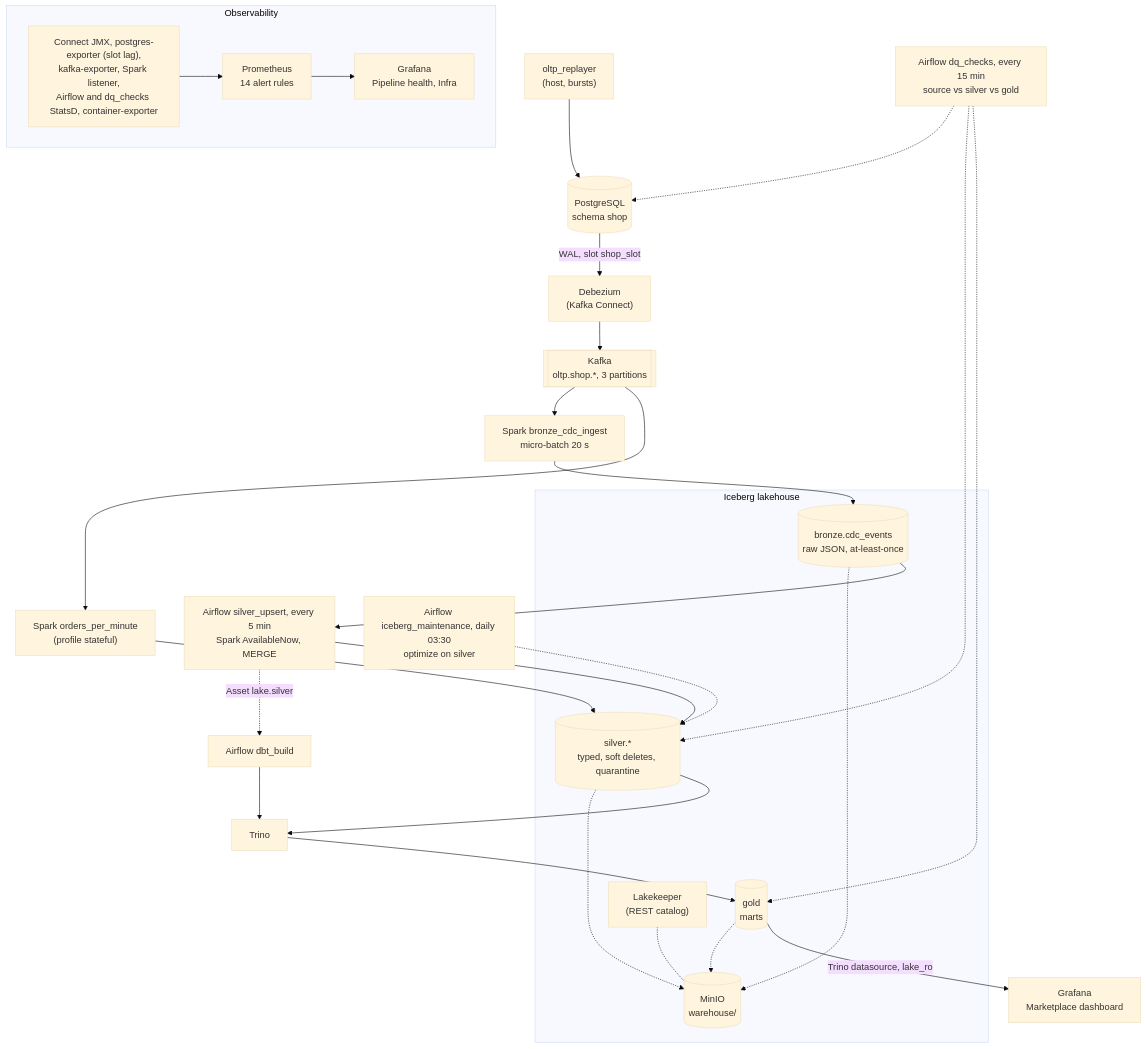
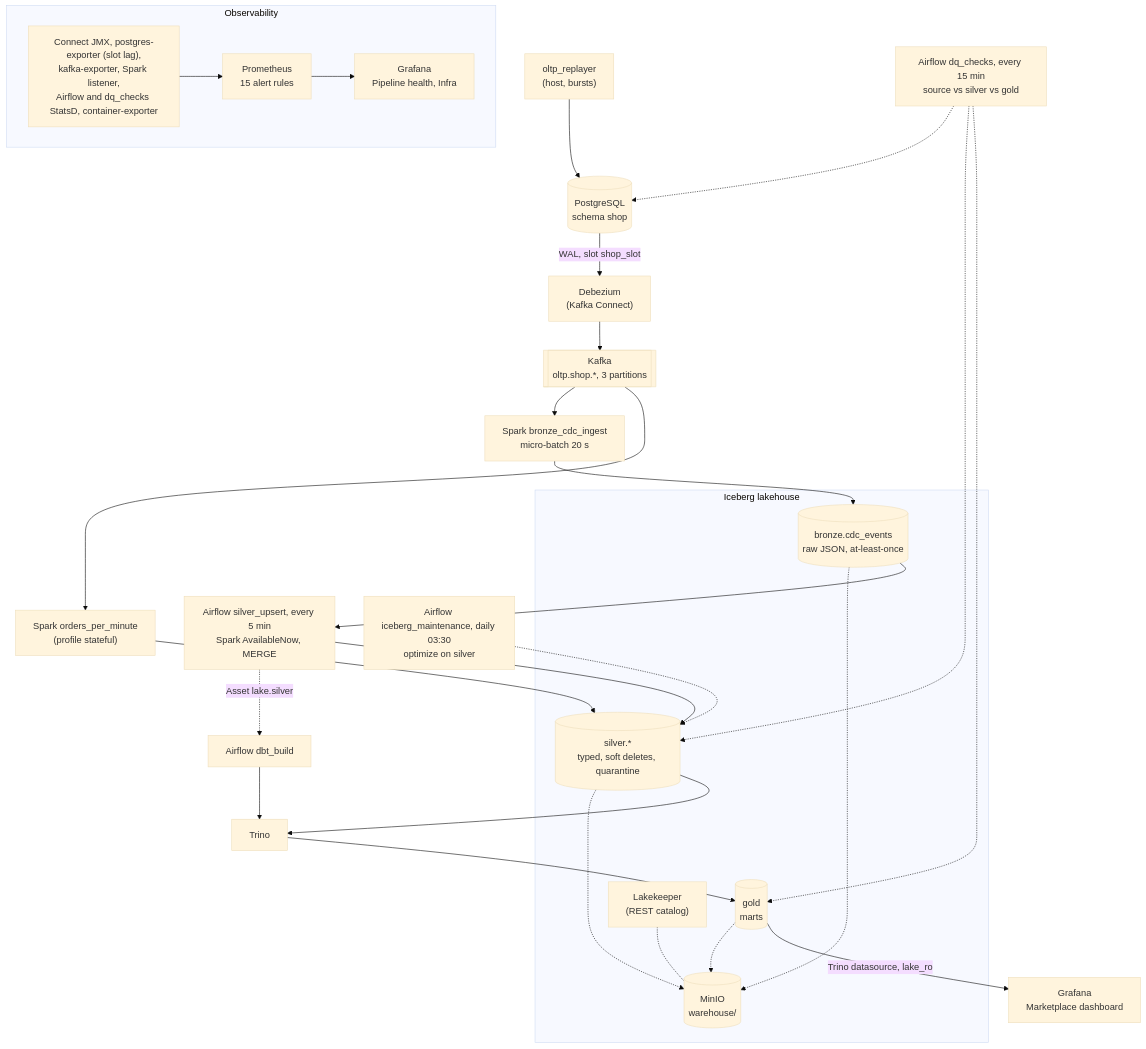
The diagram in ARCHITECTURE.md (nikolayGU/marketplace-lakehouse), drawn with Mermaid (base theme) before and after one commit. The commit also changed other lines of this file and 8 other files, not shown here.

Commit message:
obs: dq_checks counts runs without a silver-gold comparison, alert SilverGoldNotCompared after 24 (audit b3)

````diff
--- a/ARCHITECTURE.md
+++ b/ARCHITECTURE.md
@@ -16,36 +16,36 @@
 ```mermaid
 flowchart TB
   RP["oltp_replayer<br/>(host, bursts)"] --> PG[("PostgreSQL<br/>schema shop")]
   PG -- "WAL, slot shop_slot" --> DBZ["Debezium<br/>(Kafka Connect)"]
   DBZ --> K[["Kafka<br/>oltp.shop.*, 3 partitions"]]
   K --> SB["Spark bronze_cdc_ingest<br/>micro-batch 20 s"]
 
   subgraph LAKE["Iceberg lakehouse"]
     B[("bronze.cdc_events<br/>raw JSON, at-least-once")]
     S[("silver.*<br/>typed, soft deletes, quarantine")]
     G[("gold<br/>marts")]
     LK["Lakekeeper<br/>(REST catalog)"]
     MO[("MinIO<br/>warehouse/")]
   end
   B & S & G -.-> MO
   LK -.- MO
   SB --> B
   B --> SU["Airflow silver_upsert, every 5 min<br/>Spark AvailableNow, MERGE"]
   SU --> S
   SU -. "Asset lake.silver" .-> DB["Airflow dbt_build"]
   S --> TR["Trino"]
   DB --> TR
   TR --> G
   G -- "Trino datasource, lake_ro" --> GF["Grafana<br/>Marketplace dashboard"]
   MT["Airflow iceberg_maintenance, daily 03:30<br/>optimize on silver"] -.-> S
   DQ["Airflow dq_checks, every 15 min<br/>source vs silver vs gold"] -.-> PG
   DQ -.-> S
   DQ -.-> G
   K --> OPM["Spark orders_per_minute<br/>(profile stateful)"]
   OPM --> S
 
   subgraph OBS["Observability"]
-    EX["Connect JMX, postgres-exporter (slot lag),<br/>kafka-exporter, Spark listener,<br/>Airflow and dq_checks StatsD, container-exporter"] --> PR["Prometheus<br/>14 alert rules"]
+    EX["Connect JMX, postgres-exporter (slot lag),<br/>kafka-exporter, Spark listener,<br/>Airflow and dq_checks StatsD, container-exporter"] --> PR["Prometheus<br/>15 alert rules"]
     PR --> GF2["Grafana<br/>Pipeline health, Infra"]
   end
 ```
````
